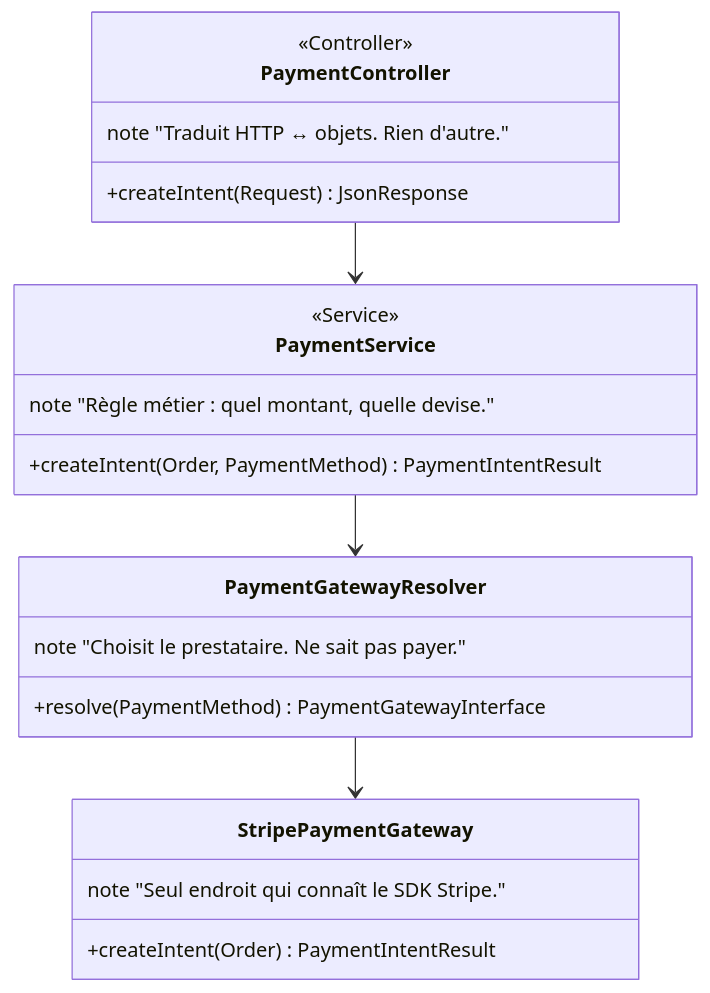
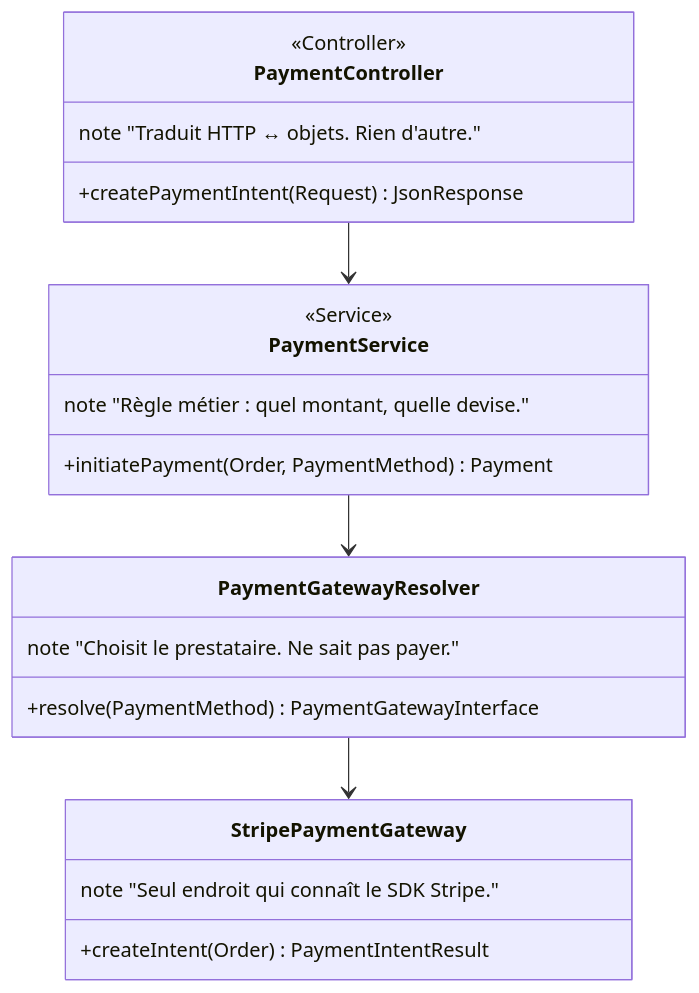
Before and after one commit to Majin-M/Volo: the second of 3 diagrams in docs/DIAGRAMME_CLASSES.md, drawn with Mermaid. The commit also changed other lines of this file and 22 other files, not shown here.

````diff
--- a/docs/DIAGRAMME_CLASSES.md
+++ b/docs/DIAGRAMME_CLASSES.md
@@ -135,25 +134,25 @@
 ```mermaid
 classDiagram
     class PaymentController {
         <<Controller>>
-        +createIntent(Request) JsonResponse
+        +createPaymentIntent(Request) JsonResponse
         note "Traduit HTTP ↔ objets. Rien d'autre."
     }
     class PaymentService {
         <<Service>>
-        +createIntent(Order, PaymentMethod) PaymentIntentResult
+        +initiatePayment(Order, PaymentMethod) Payment
         note "Règle métier : quel montant, quelle devise."
     }
     class PaymentGatewayResolver {
         +resolve(PaymentMethod) PaymentGatewayInterface
         note "Choisit le prestataire. Ne sait pas payer."
     }
     class StripePaymentGateway {
         +createIntent(Order) PaymentIntentResult
         note "Seul endroit qui connaît le SDK Stripe."
     }
 
     PaymentController --> PaymentService
     PaymentService --> PaymentGatewayResolver
     PaymentGatewayResolver --> StripePaymentGateway
 ```
````
